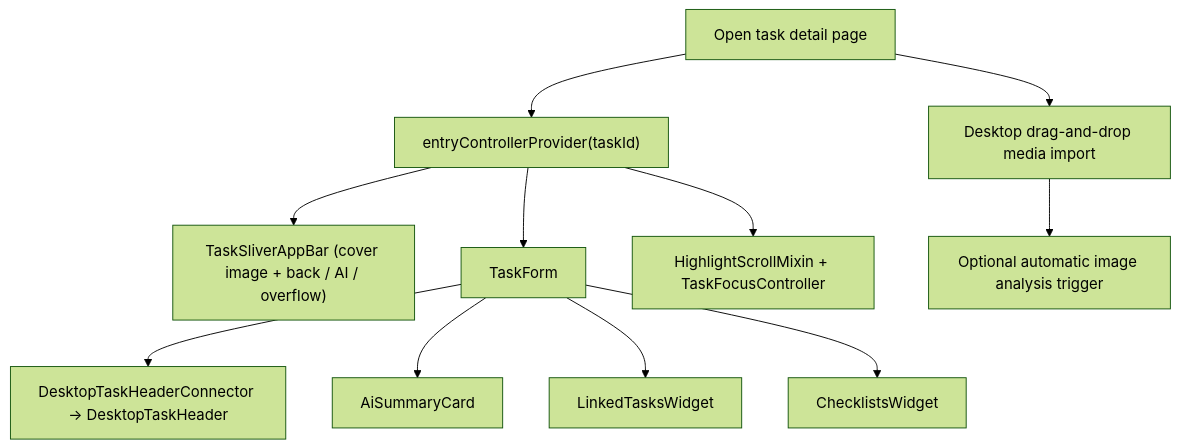
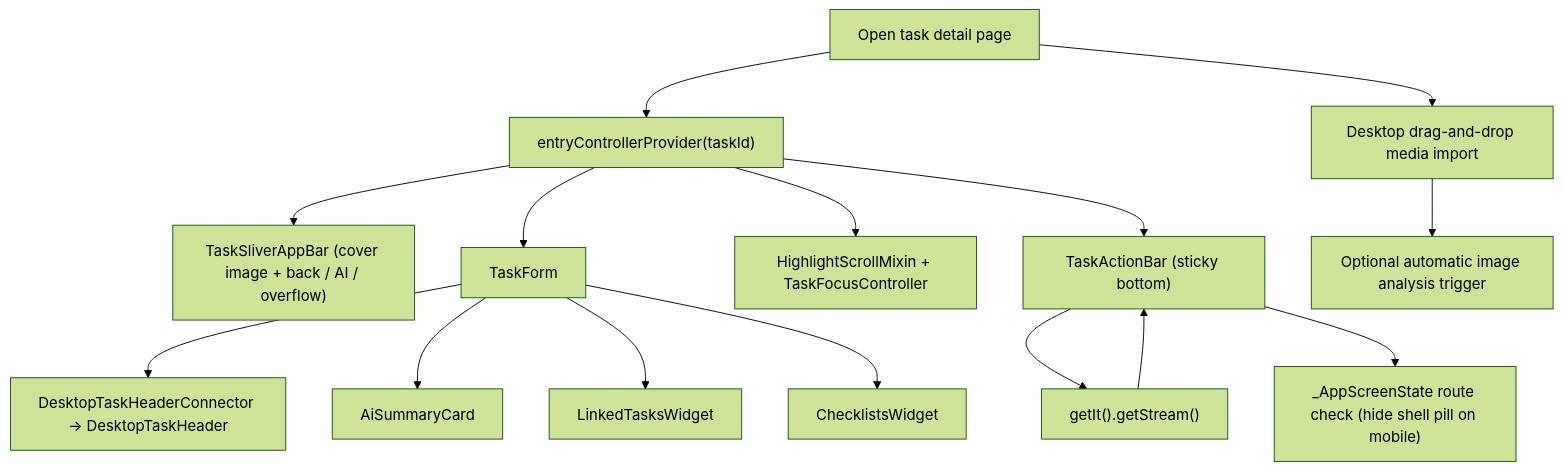
Before and after one commit to matthiasn/lotti: the fourth of 12 diagrams in lib/features/tasks/README.md, drawn with Mermaid (forest theme). The commit also changed other lines of this file and 27 other files, not shown here.

Commit message:
feat: replace task details FAB with sticky TaskActionBar (#3082)

````diff
--- a/lib/features/tasks/README.md
+++ b/lib/features/tasks/README.md
@@ -176,13 +205,17 @@
 ```mermaid
 flowchart TD
   Open["Open task detail page"] --> Load["entryControllerProvider(taskId)"]
   Load --> AppBar["TaskSliverAppBar (cover image + back / AI / overflow)"]
   Load --> Form["TaskForm"]
   Form --> Header["DesktopTaskHeaderConnector → DesktopTaskHeader"]
   Form --> Agents["AiSummaryCard"]
   Form --> Linked["LinkedTasksWidget"]
   Form --> Checklists["ChecklistsWidget"]
   Load --> Focus["HighlightScrollMixin + TaskFocusController"]
+  Load --> ActionBar["TaskActionBar (sticky bottom)"]
+  ActionBar --> TimeService["getIt<TimeService>().getStream()"]
+  TimeService --> ActionBar
+  ActionBar --> NavHide["_AppScreenState route check (hide shell pill on mobile)"]
   Open --> Drop["Desktop drag-and-drop media import"]
   Drop --> ImageAnalysis["Optional automatic image analysis trigger"]
 ```
````
